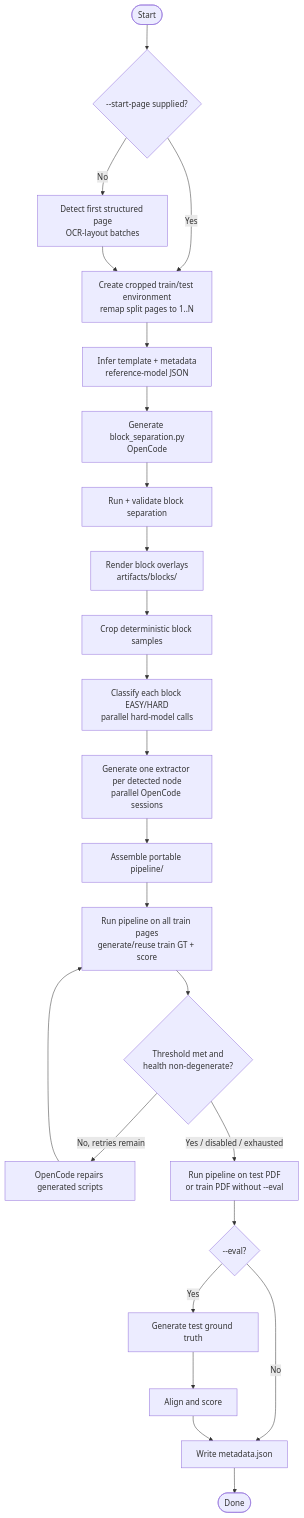
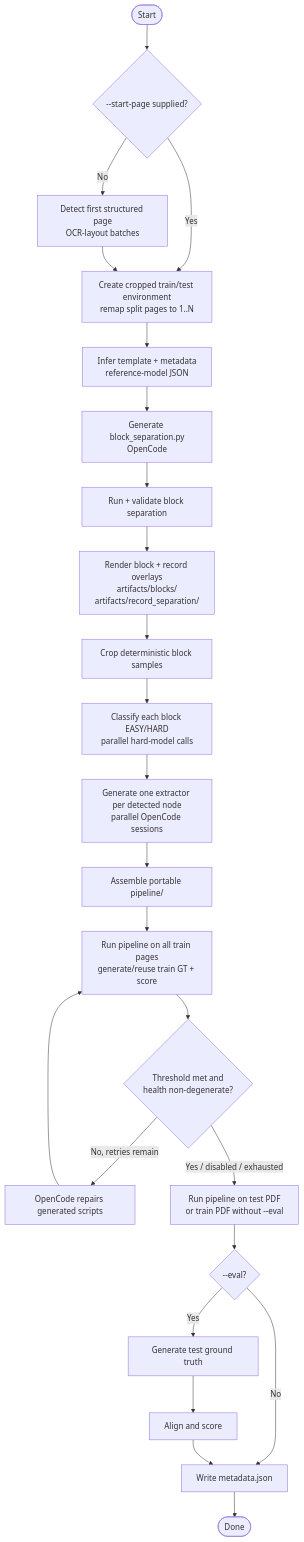
One commit to riccardobollati/twix_2 changed the second of 6 diagrams in README.md. Above: the diagram before and after it, drawn with Mermaid. The commit also changed other lines of this file and 24 other files, not shown here.

Commit message:
record separation from TWIX methodology

````diff
--- a/README.md
+++ b/README.md
@@ -169,26 +169,26 @@
 ```mermaid
 flowchart TD
     S(["Start"]) --> Q{"--start-page supplied?"}
     Q -- No --> DB["Detect first structured page<br/>OCR-layout batches"]
     Q -- Yes --> EC
     DB --> EC["Create cropped train/test environment<br/>remap split pages to 1..N"]
     EC --> TI["Infer template + metadata<br/>reference-model JSON"]
     TI --> BS["Generate block_separation.py<br/>OpenCode"]
     BS --> BSR["Run + validate block separation"]
-    BSR --> ART["Render block overlays<br/>artifacts/blocks/"]
+    BSR --> ART["Render block + record overlays<br/>artifacts/blocks/<br/>artifacts/record_separation/"]
     ART --> SMP["Crop deterministic block samples"]
     SMP --> ROUTE["Classify each block EASY/HARD<br/>parallel hard-model calls"]
     ROUTE --> EXT["Generate one extractor per detected node<br/>parallel OpenCode sessions"]
     EXT --> PACK["Assemble portable pipeline/"]
     PACK --> TE["Run pipeline on all train pages<br/>generate/reuse train GT + score"]
     TE --> GATE{"Threshold met and<br/>health non-degenerate?"}
     GATE -- "No, retries remain" --> REPAIR["OpenCode repairs generated scripts"]
     REPAIR --> TE
     GATE -- "Yes / disabled / exhausted" --> RUN["Run pipeline on test PDF<br/>or train PDF without --eval"]
     RUN --> EVALQ{"--eval?"}
     EVALQ -- No --> META["Write metadata.json"]
     EVALQ -- Yes --> GT["Generate test ground truth"]
     GT --> SCORE["Align and score"]
     SCORE --> META
     META --> END(["Done"])
 ```
````
